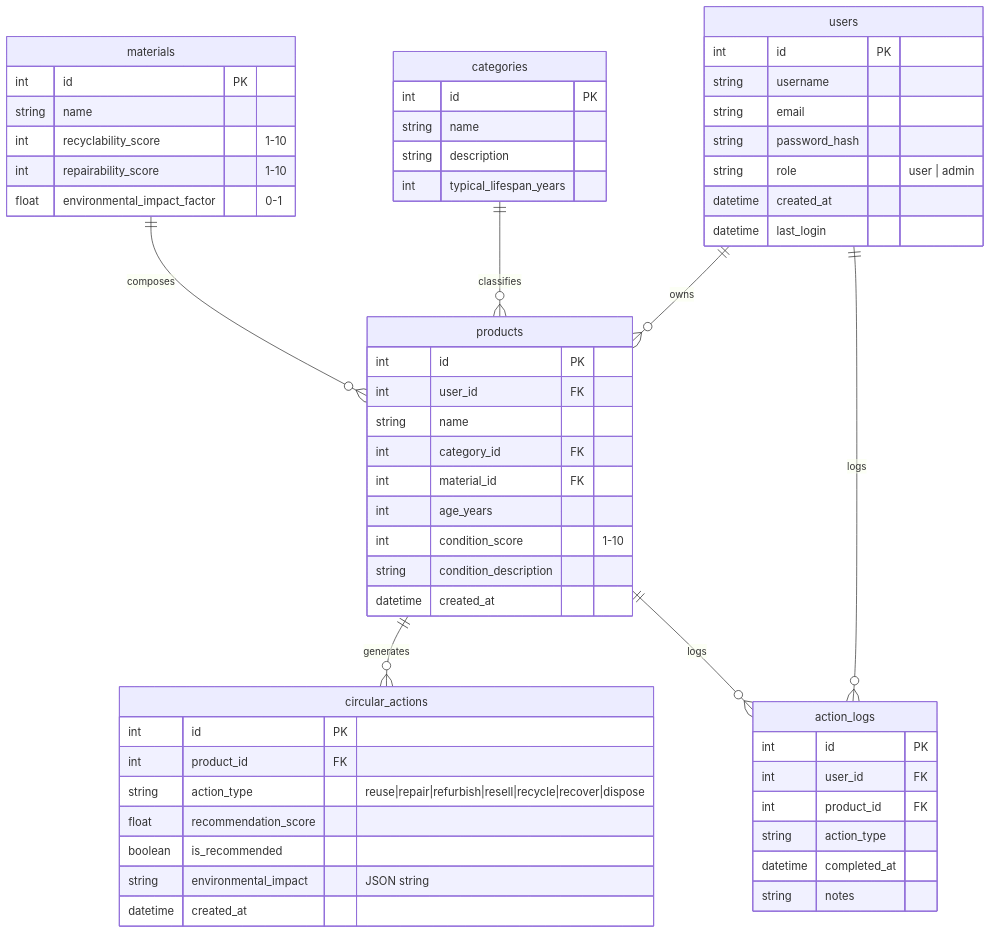
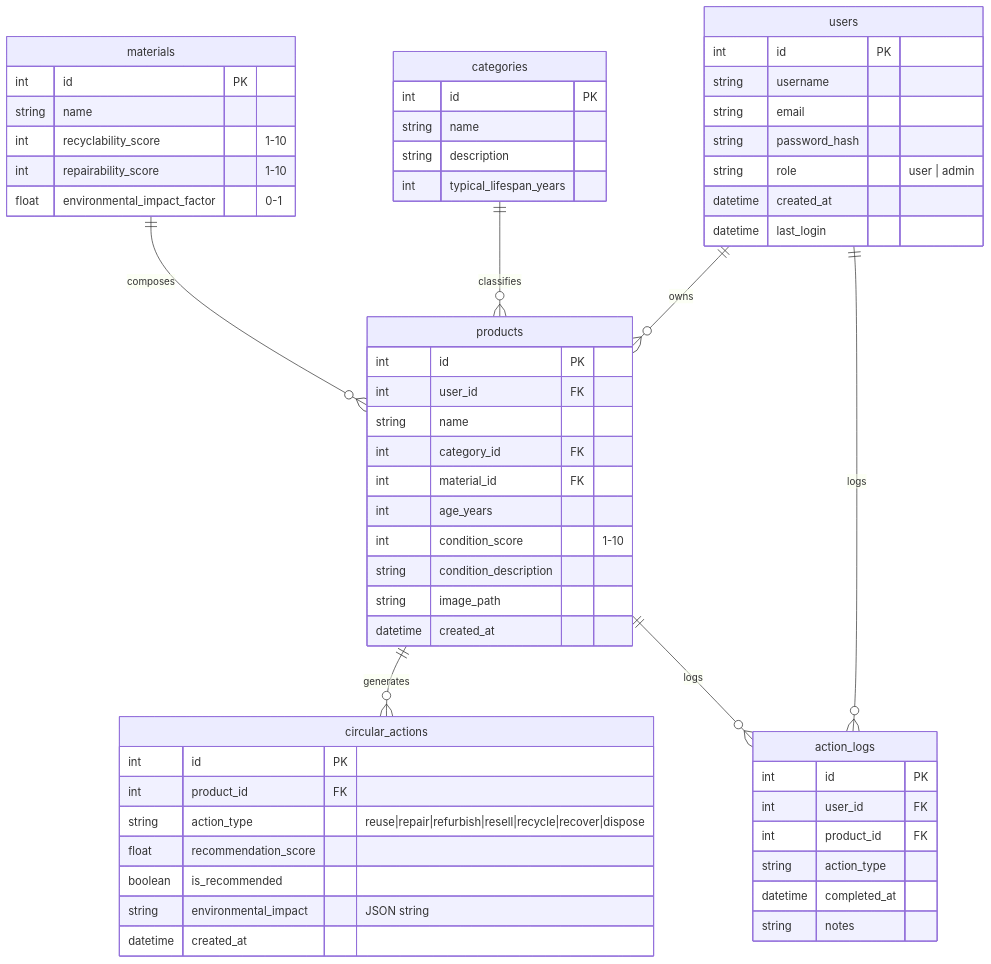
The third of 3 diagrams in README.md (AviMath2412/circular-economy), drawn with Mermaid before and after one commit. The commit also changed other lines of this file and 17 other files, not shown here.

````diff
--- a/README.md
+++ b/README.md
@@ -93,65 +218,66 @@
 ```mermaid
 erDiagram
     users ||--o{ products : owns
     users ||--o{ action_logs : logs
     categories ||--o{ products : classifies
     materials ||--o{ products : composes
     products ||--o{ circular_actions : generates
     products ||--o{ action_logs : logs
 
     users {
         int id PK
         string username
         string email
         string password_hash
         string role "user | admin"
         datetime created_at
         datetime last_login
     }
 
     categories {
         int id PK
         string name
         string description
         int typical_lifespan_years
     }
 
     materials {
         int id PK
         string name
         int recyclability_score "1-10"
         int repairability_score "1-10"
         float environmental_impact_factor "0-1"
     }
 
     products {
         int id PK
         int user_id FK
         string name
         int category_id FK
         int material_id FK
         int age_years
         int condition_score "1-10"
         string condition_description
+        string image_path
         datetime created_at
     }
 
     circular_actions {
         int id PK
         int product_id FK
         string action_type "reuse|repair|refurbish|resell|recycle|recover|dispose"
         float recommendation_score
         boolean is_recommended
         string environmental_impact "JSON string"
         datetime created_at
     }
 
     action_logs {
         int id PK
         int user_id FK
         int product_id FK
         string action_type
         datetime completed_at
         string notes
     }
 ```
````
